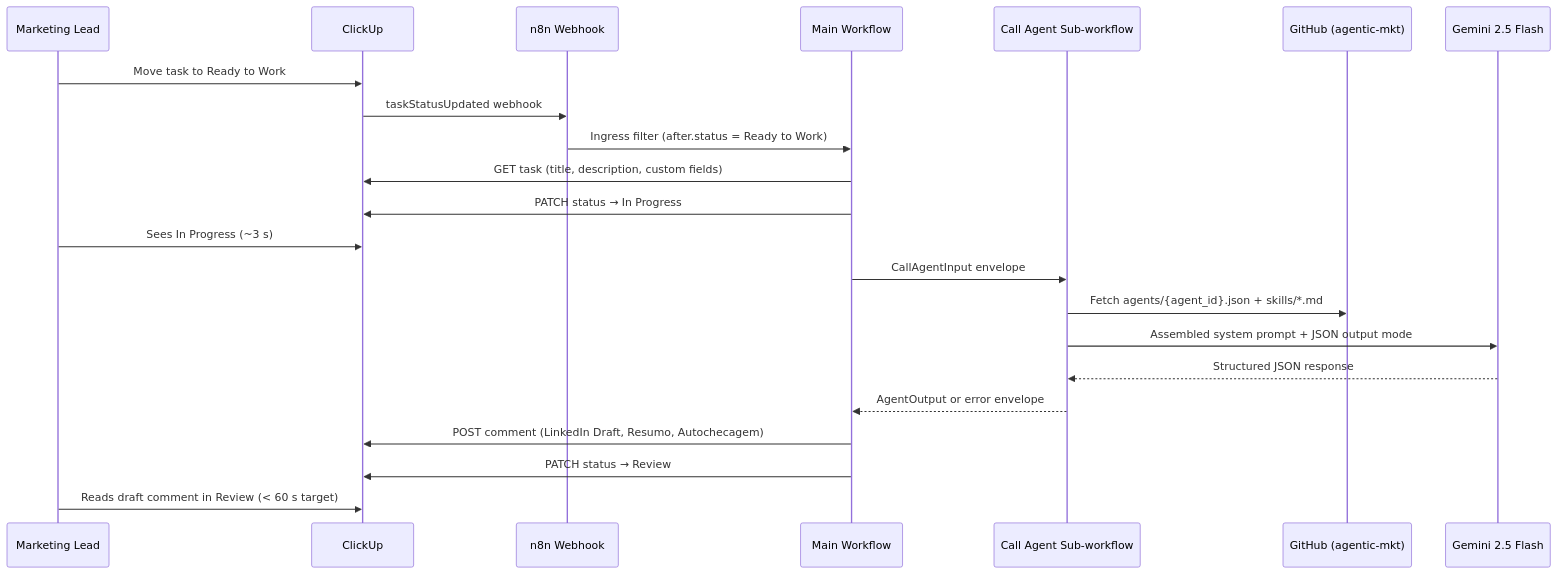
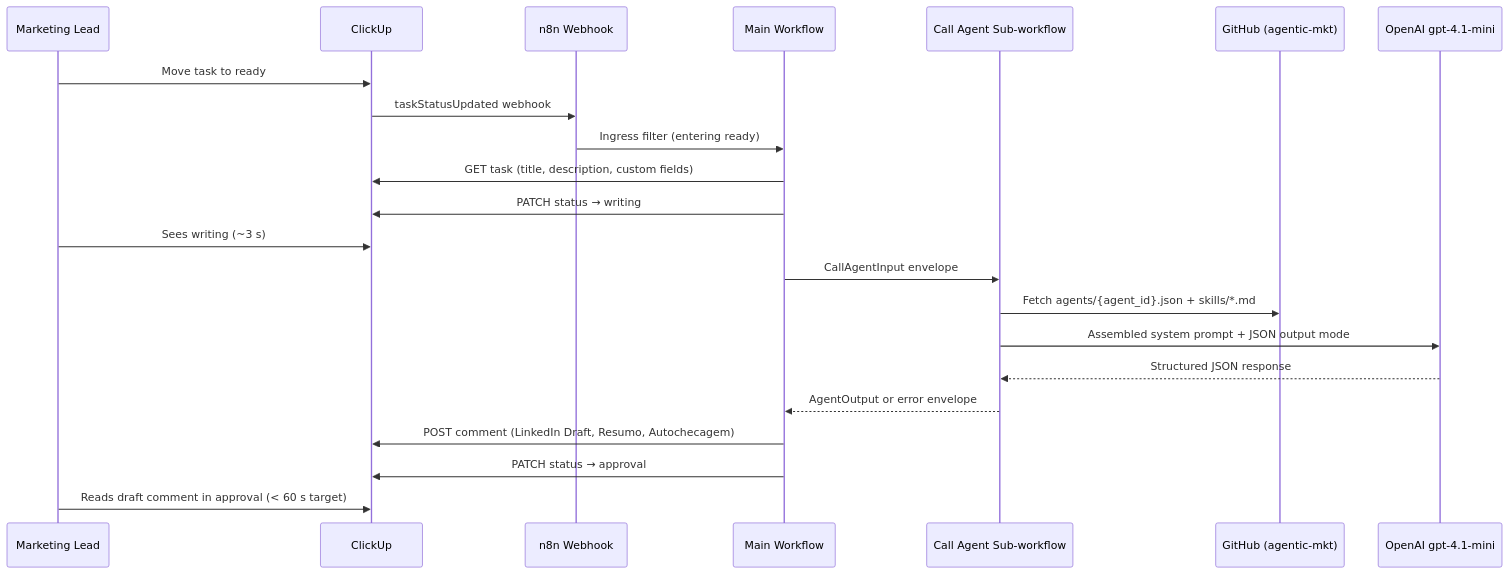
One commit to WolvenTech/agentic-mkt changed the diagram in agent-harness/io-contract.md. Above: the diagram before and after it, drawn with Mermaid. The commit also changed other lines of this file and 84 other files, not shown here.

First line of the commit message:
Improve webhook ingress observability and harden comment posting.

````diff
--- a/agent-harness/io-contract.md
+++ b/agent-harness/io-contract.md
@@ -155,25 +170,25 @@
 ```mermaid
 sequenceDiagram
     participant Lead as Marketing Lead
     participant CU as ClickUp
     participant WH as n8n Webhook
     participant Main as Main Workflow
     participant Agent as Call Agent Sub-workflow
     participant GH as GitHub (agentic-mkt)
-    participant LLM as Gemini 2.5 Flash
+    participant LLM as OpenAI gpt-4.1-mini
 
-    Lead->>CU: Move task to Ready to Work
+    Lead->>CU: Move task to ready
     CU->>WH: taskStatusUpdated webhook
-    WH->>Main: Ingress filter (after.status = Ready to Work)
+    WH->>Main: Ingress filter (entering ready)
     Main->>CU: GET task (title, description, custom fields)
-    Main->>CU: PATCH status → In Progress
-    Lead->>CU: Sees In Progress (~3 s)
+    Main->>CU: PATCH status → writing
+    Lead->>CU: Sees writing (~3 s)
     Main->>Agent: CallAgentInput envelope
     Agent->>GH: Fetch agents/{agent_id}.json + skills/*.md
     Agent->>LLM: Assembled system prompt + JSON output mode
     LLM-->>Agent: Structured JSON response
     Agent-->>Main: AgentOutput or error envelope
     Main->>CU: POST comment (LinkedIn Draft, Resumo, Autochecagem)
-    Main->>CU: PATCH status → Review
-    Lead->>CU: Reads draft comment in Review (< 60 s target)
+    Main->>CU: PATCH status → approval
+    Lead->>CU: Reads draft comment in approval (< 60 s target)
 ```
````
